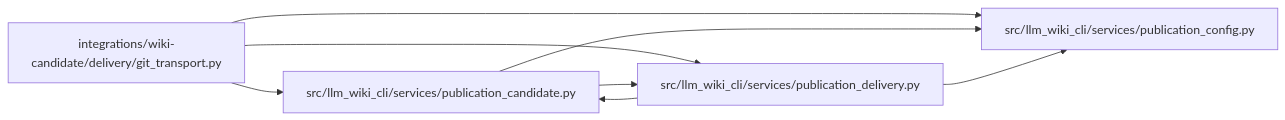
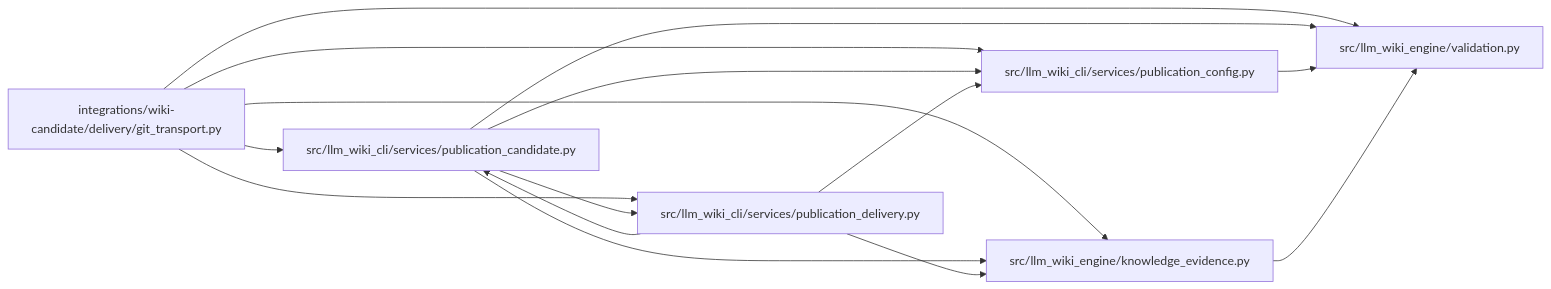
One commit to Denissvgn/python-wiki-llm changed the diagram in docs/llm_wiki/modules/git_transport.md. Above: the diagram before and after it, drawn with Mermaid. The commit also changed other lines of this file and 509 other files, not shown here.

First line of the commit message:
docs: refresh the wiki for the deprecated engine aliases

````diff
--- a/docs/llm_wiki/modules/git_transport.md
+++ b/docs/llm_wiki/modules/git_transport.md
@@ -31,18 +31,29 @@
 ```mermaid
 flowchart LR
     n0["integrations/wiki-candidate/delivery/git_transport.py"]
     n1["src/llm_wiki_cli/services/publication_candidate.py"]
     n2["src/llm_wiki_cli/services/publication_config.py"]
     n3["src/llm_wiki_cli/services/publication_delivery.py"]
+    n4["src/llm_wiki_engine/knowledge_evidence.py"]
+    n5["src/llm_wiki_engine/validation.py"]
     n0 --> n1
     n0 --> n2
     n0 --> n3
+    n0 --> n4
+    n0 --> n5
     n1 --> n2
     n1 --> n3
+    n1 --> n4
+    n1 --> n5
+    n2 --> n5
     n3 --> n1
     n3 --> n2
+    n3 --> n4
+    n4 --> n5
     click n0 "../modules/git_transport.md"
     click n1 "../modules/publication_candidate.md"
     click n2 "../modules/publication_config.md"
     click n3 "../modules/publication_delivery.md"
+    click n4 "../modules/knowledge_evidence.md"
+    click n5 "../modules/validation.md"
 ```
````
